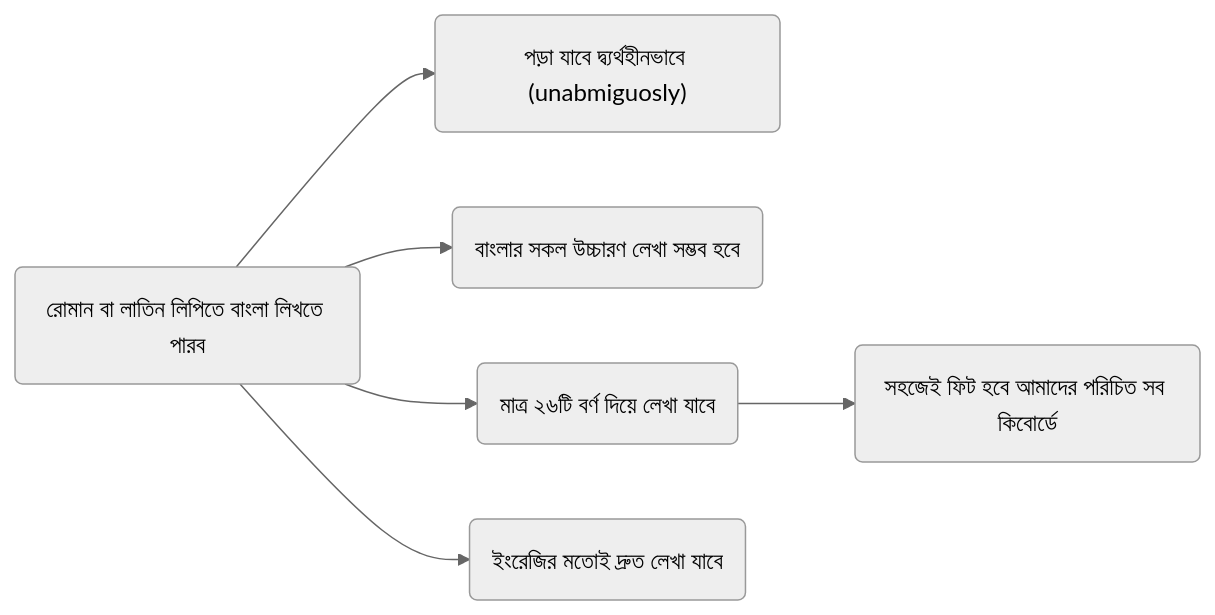
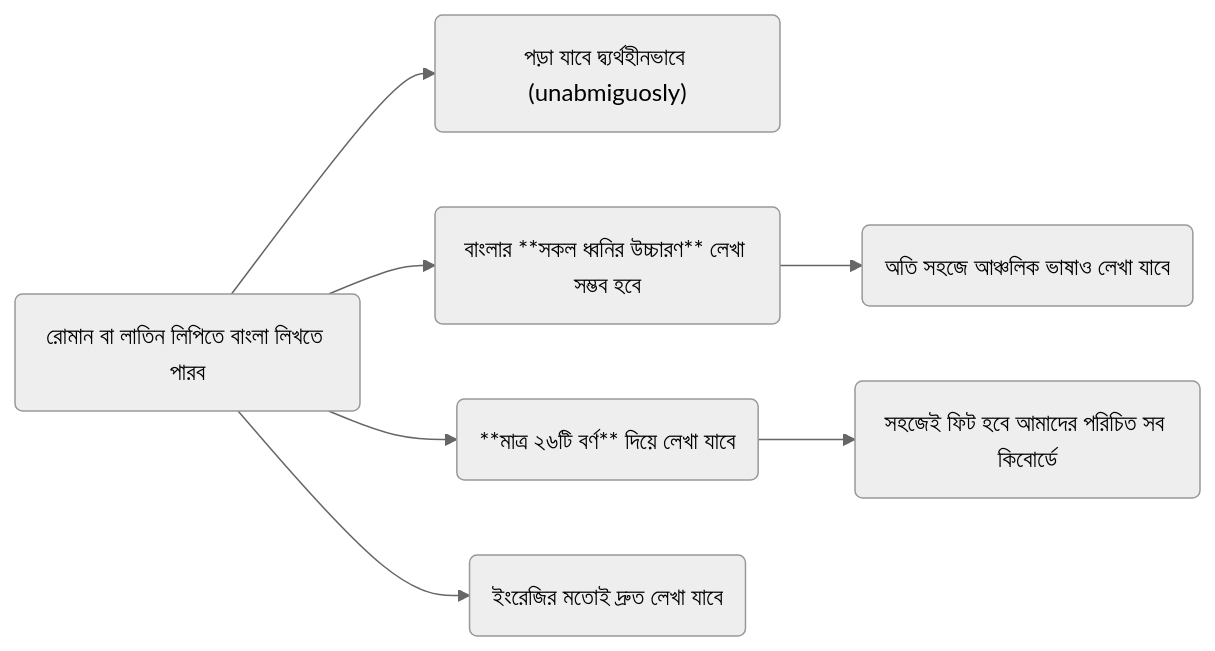
Before and after one commit to KhiproKeyboard/shorolipi: the first of 4 diagrams in README.md, drawn with Mermaid (neutral theme). The commit also changed other lines of this file, not shown here.

````diff
--- a/README.md
+++ b/README.md
@@ -5,7 +5,9 @@
 ```mermaid
 flowchart LR
     A("রোমান বা লাতিন লিপিতে বাংলা লিখতে পারব")  --> B("পড়া যাবে দ্ব্যর্থহীনভাবে (unabmiguosly)")
-    A --> E("বাংলার সকল উচ্চারণ লেখা সম্ভব হবে")
-    A --> C("মাত্র ২৬টি বর্ণ দিয়ে লেখা যাবে") --> D("সহজেই ফিট হবে আমাদের পরিচিত সব কিবোর্ডে")
+    A --> E("বাংলার **সকল ধ্বনির উচ্চারণ** লেখা সম্ভব হবে") --> g("অতি সহজে আঞ্চলিক ভাষাও লেখা যাবে")
+    A --> C("**মাত্র ২৬টি বর্ণ** দিয়ে লেখা যাবে") --> D("সহজেই ফিট হবে আমাদের পরিচিত সব কিবোর্ডে")
     A --> F("ইংরেজির মতোই দ্রুত লেখা যাবে")
+    A 
+    
 ```
````
